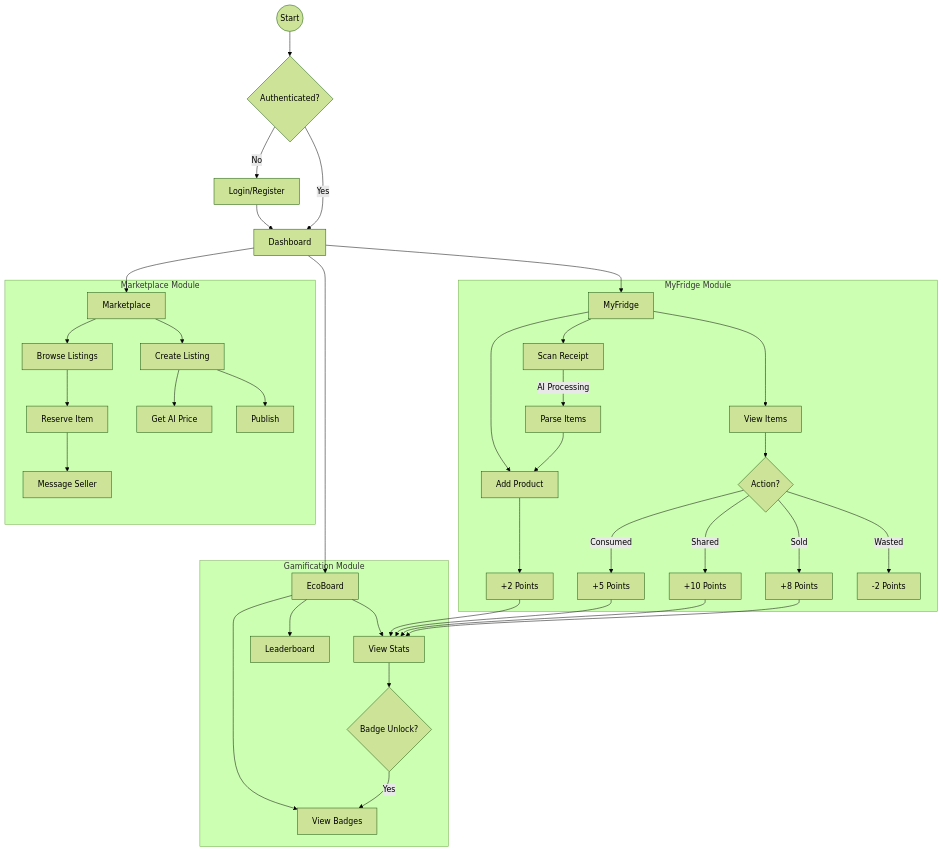
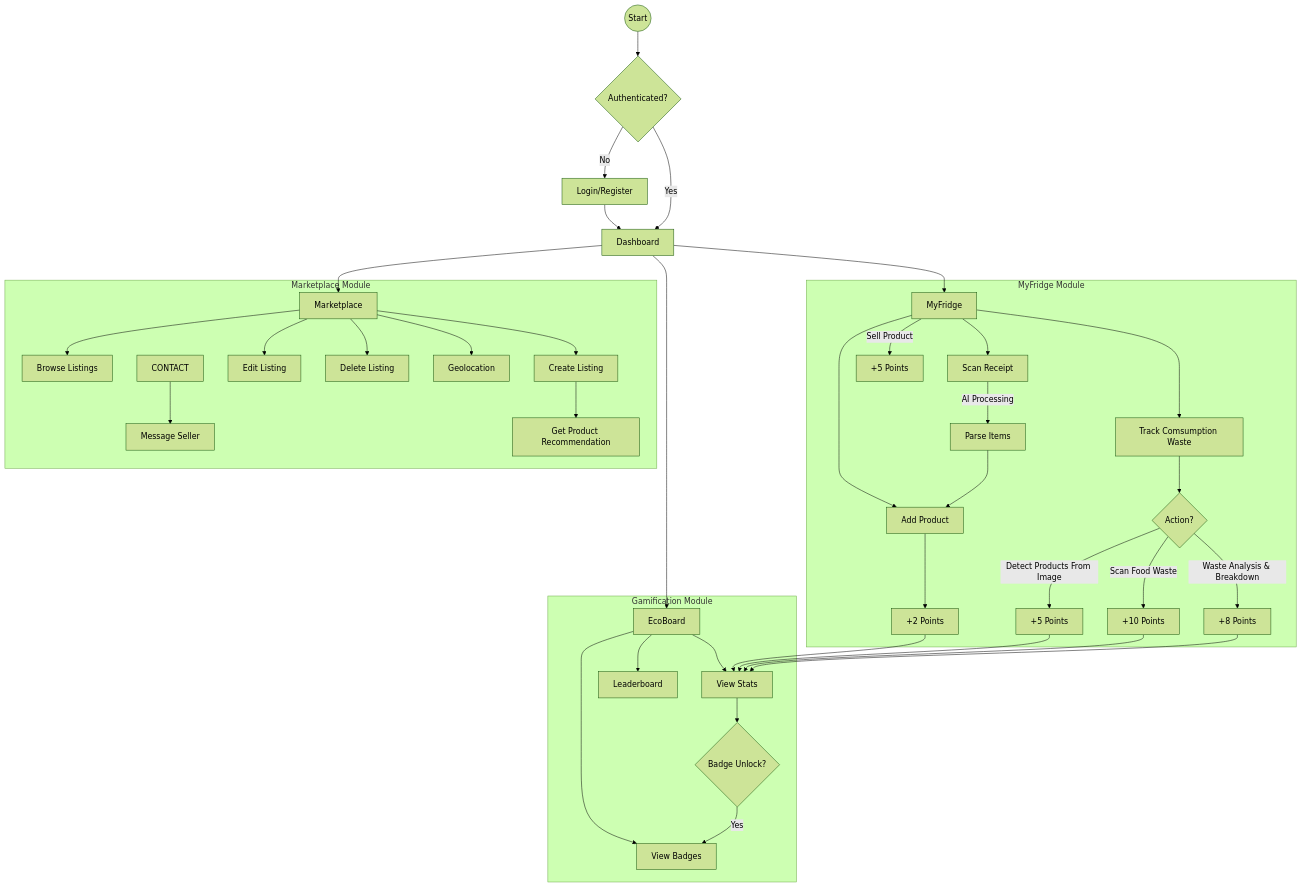
The second of 5 diagrams in README.md (GDIPSA-Team2/ecoplate), drawn with Mermaid (forest theme) before and after one commit. The commit also changed other lines of this file and 29 other files, not shown here.

````diff
--- a/README.md
+++ b/README.md
@@ -74,43 +74,44 @@
 ```mermaid
 flowchart TD
     START((Start)) --> AUTH{Authenticated?}
     AUTH -->|No| LOGIN[Login/Register]
     LOGIN --> DASHBOARD
     AUTH -->|Yes| DASHBOARD[Dashboard]
 
     DASHBOARD --> FRIDGE[MyFridge]
     DASHBOARD --> MARKET[Marketplace]
     DASHBOARD --> ECO[EcoBoard]
 
     subgraph MyFridge["MyFridge Module"]
         FRIDGE --> ADD[Add Product]
         FRIDGE --> SCAN[Scan Receipt]
-        FRIDGE --> VIEW[View Items]
+        FRIDGE --> VIEW[Track Comsumption Waste]
+        FRIDGE --> |Sell Product| POINTS5[+5 Points]
         ADD --> POINTS1[+2 Points]
         SCAN -->|AI Processing| PARSE[Parse Items]
         PARSE --> ADD
         VIEW --> CONSUME{Action?}
-        CONSUME -->|Consumed| POINTS2[+5 Points]
-        CONSUME -->|Shared| POINTS3[+10 Points]
-        CONSUME -->|Sold| POINTS4[+8 Points]
-        CONSUME -->|Wasted| POINTS5[-2 Points]
+        CONSUME -->|Detect Products From Image| POINTS2[+5 Points]
+        CONSUME -->|Scan Food Waste| POINTS3[+10 Points]
+        CONSUME -->|Waste Analysis & Breakdown| POINTS4[+8 Points]
     end
 
     subgraph Marketplace["Marketplace Module"]
         MARKET --> BROWSE[Browse Listings]
         MARKET --> CREATE[Create Listing]
-        BROWSE --> RESERVE[Reserve Item]
-        RESERVE --> MESSAGE[Message Seller]
-        CREATE --> PRICE[Get AI Price]
-        CREATE --> PUBLISH[Publish]
+        MARKET --> EDIT[Edit Listing]
+        MARKET --> Delete[Delete Listing]
+        MARKET --> MapView[Geolocation]
+        CONTACT --> MESSAGE[Message Seller]
+        CREATE --> PRODUCT[Get Product Recommendation]
     end
 
     subgraph Gamification["Gamification Module"]
         ECO --> STATS[View Stats]
         ECO --> BADGES[View Badges]
         ECO --> LEADER[Leaderboard]
         POINTS1 & POINTS2 & POINTS3 & POINTS4 --> STATS
         STATS --> UNLOCK{Badge Unlock?}
         UNLOCK -->|Yes| BADGES
     end
 ```
````
